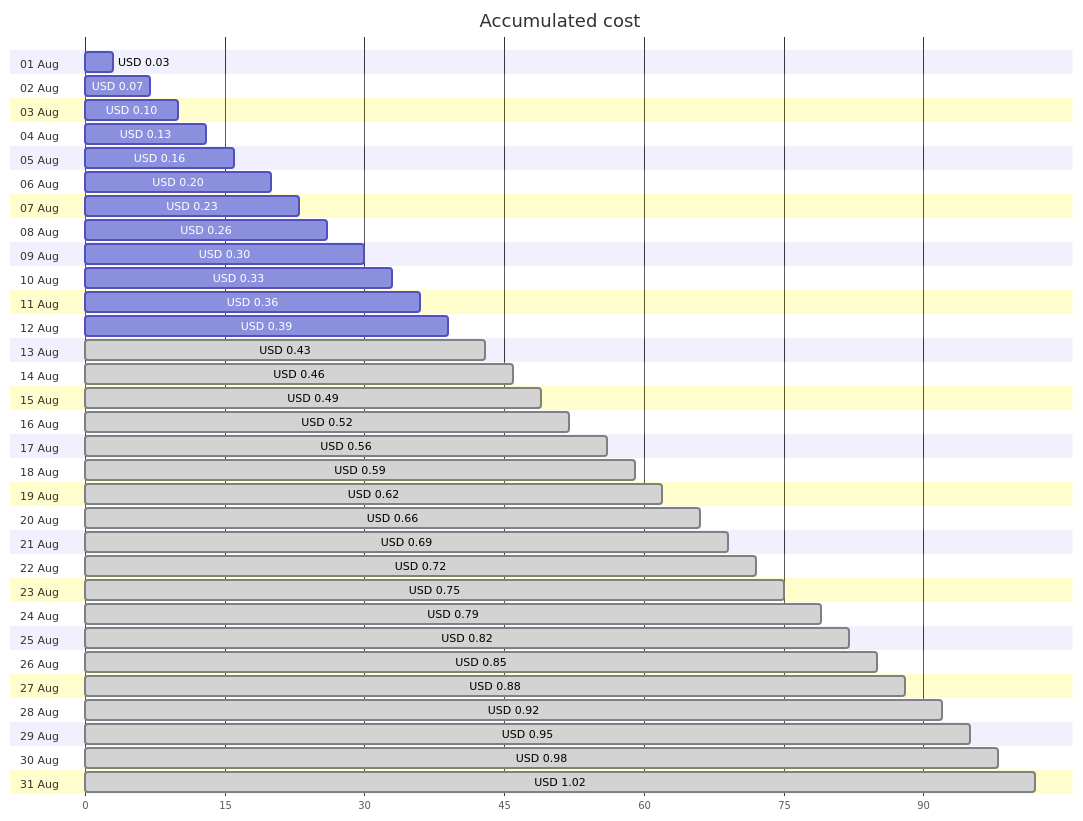
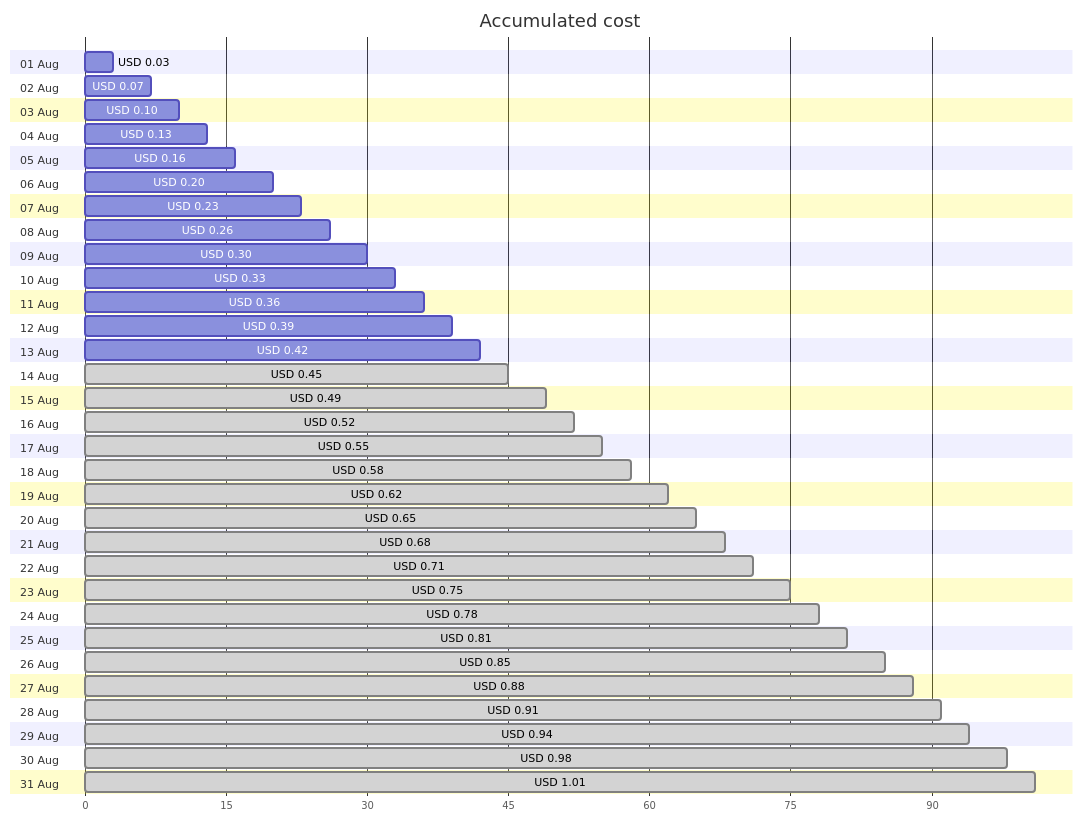
The first of 4 diagrams in cost-reports/personal-dns/README.md (jpfulton/azure-personal-reports), drawn with Mermaid before and after one commit. The commit also changed other lines of this file and 2 other files, not shown here.

Commit message:
Generated reports [skip ci]

````diff
--- a/cost-reports/personal-dns/README.md
+++ b/cost-reports/personal-dns/README.md
@@ -20,68 +20,68 @@
 ```mermaid
 gantt
    title Accumulated cost
    dateFormat  X
    axisFormat %s
    section 01 Aug
    USD 0.03 :0, 3
    section 02 Aug
    USD 0.07 :0, 7
    section 03 Aug
    USD 0.10 :0, 10
    section 04 Aug
    USD 0.13 :0, 13
    section 05 Aug
    USD 0.16 :0, 16
    section 06 Aug
    USD 0.20 :0, 20
    section 07 Aug
    USD 0.23 :0, 23
    section 08 Aug
    USD 0.26 :0, 26
    section 09 Aug
    USD 0.30 :0, 30
    section 10 Aug
    USD 0.33 :0, 33
    section 11 Aug
    USD 0.36 :0, 36
    section 12 Aug
    USD 0.39 :0, 39
    section 13 Aug
-   USD 0.43 : done, 0, 43
+   USD 0.42 :0, 42
    section 14 Aug
-   USD 0.46 : done, 0, 46
+   USD 0.45 : done, 0, 45
    section 15 Aug
    USD 0.49 : done, 0, 49
    section 16 Aug
    USD 0.52 : done, 0, 52
    section 17 Aug
-   USD 0.56 : done, 0, 56
+   USD 0.55 : done, 0, 55
    section 18 Aug
-   USD 0.59 : done, 0, 59
+   USD 0.58 : done, 0, 58
    section 19 Aug
    USD 0.62 : done, 0, 62
    section 20 Aug
-   USD 0.66 : done, 0, 66
+   USD 0.65 : done, 0, 65
    section 21 Aug
-   USD 0.69 : done, 0, 69
+   USD 0.68 : done, 0, 68
    section 22 Aug
-   USD 0.72 : done, 0, 72
+   USD 0.71 : done, 0, 71
    section 23 Aug
    USD 0.75 : done, 0, 75
    section 24 Aug
-   USD 0.79 : done, 0, 79
+   USD 0.78 : done, 0, 78
    section 25 Aug
-   USD 0.82 : done, 0, 82
+   USD 0.81 : done, 0, 81
    section 26 Aug
    USD 0.85 : done, 0, 85
    section 27 Aug
    USD 0.88 : done, 0, 88
    section 28 Aug
-   USD 0.92 : done, 0, 92
+   USD 0.91 : done, 0, 91
    section 29 Aug
-   USD 0.95 : done, 0, 95
+   USD 0.94 : done, 0, 94
    section 30 Aug
    USD 0.98 : done, 0, 98
    section 31 Aug
-   USD 1.02 : done, 0, 102
+   USD 1.01 : done, 0, 101
 ```
````
